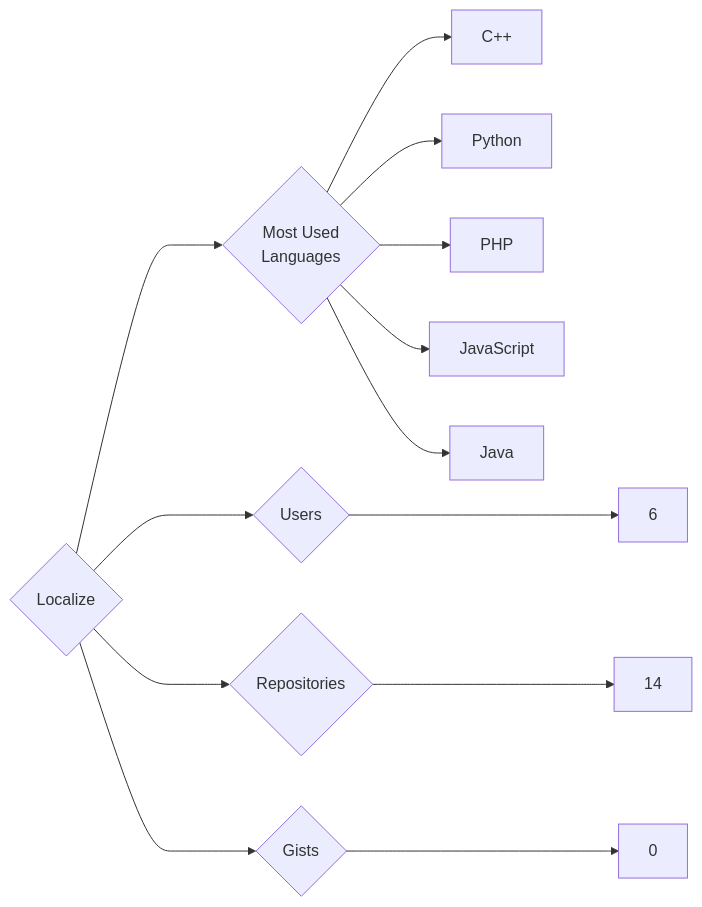
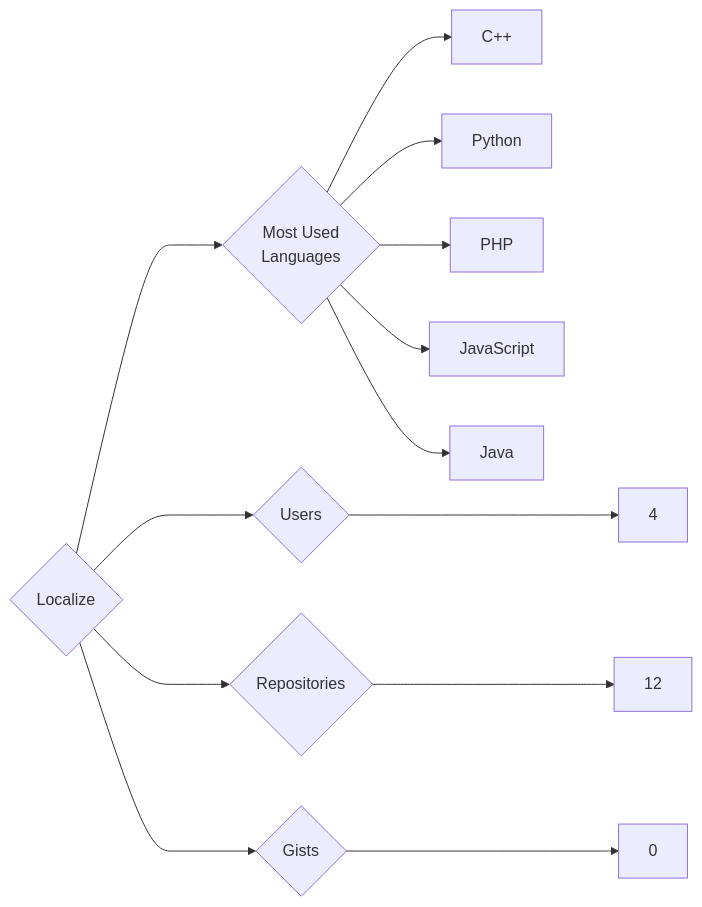
Before and after one commit to trickest/insiders: the diagram in targets/Localize/README.md, drawn with Mermaid. The commit also changed 924 other files, not shown here.

````diff
--- a/targets/Localize/README.md
+++ b/targets/Localize/README.md
@@ -3,13 +3,13 @@
 ```mermaid
 graph LR
 COMPANY_NAME{Localize}
-COMPANY_NAME ---> U{Users} ---> UN[6]
-COMPANY_NAME ---> R{Repositories} ---> RN[14]
+COMPANY_NAME ---> U{Users} ---> UN[4]
+COMPANY_NAME ---> R{Repositories} ---> RN[12]
 COMPANY_NAME ---> G{Gists} ---> GN[0]
 COMPANY_NAME ---> ML{Most Used<br>Languages}
 ML --> C++[C++]
 ML --> Python[Python]
 ML --> PHP[PHP]
 ML --> JavaScript[JavaScript]
 ML --> Java[Java]
 ```
````
